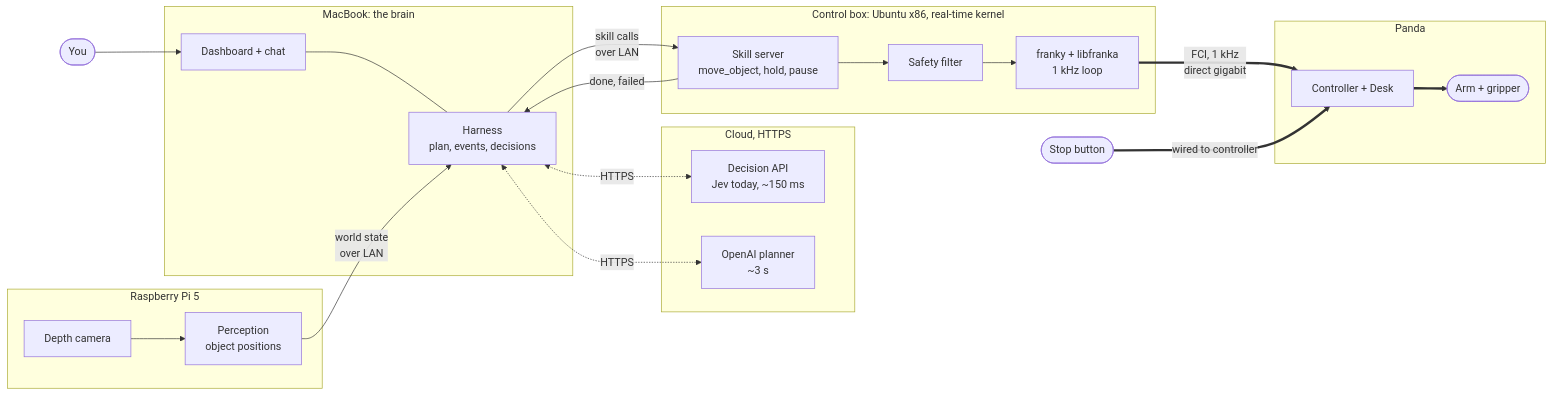
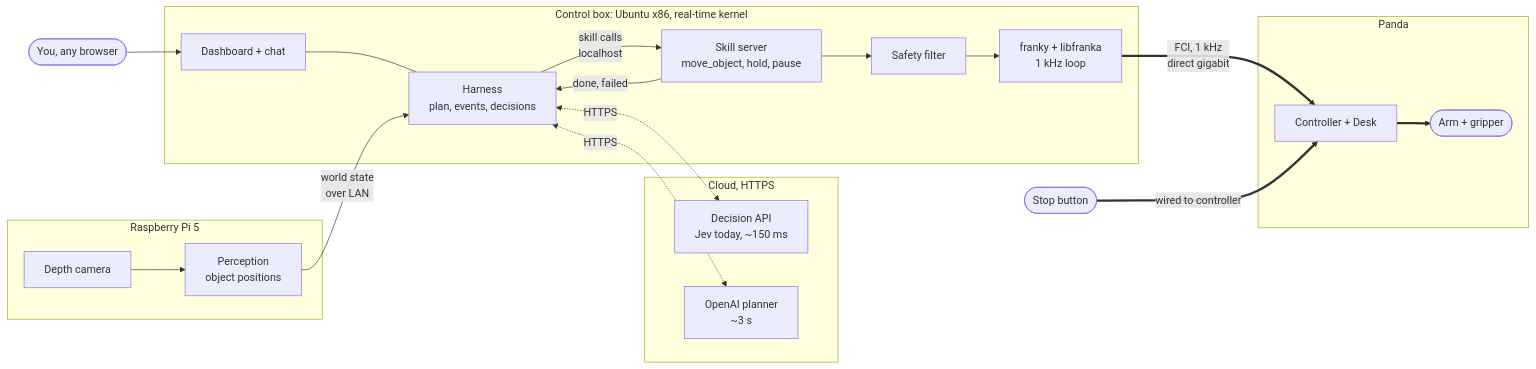
One commit to alee792/robojev changed the first of 3 diagrams in docs/panda-setup.md. Above: the diagram before and after it, drawn with Mermaid. The commit also changed other lines of this file, not shown here.

First line of the commit message:
Run the harness on the control box; MacBook for development

````diff
--- a/docs/panda-setup.md
+++ b/docs/panda-setup.md
@@ -34,34 +37,32 @@
 ```mermaid
 flowchart LR
     subgraph cloud [Cloud, HTTPS]
         jev[Decision API<br/>Jev today, ~150 ms]
         llm[OpenAI planner<br/>~3 s]
     end
-    subgraph mac [MacBook: the brain]
-        harness[Harness<br/>plan, events, decisions]
-        dash[Dashboard + chat]
-    end
     subgraph pi [Raspberry Pi 5]
         cam[Depth camera] --> percep[Perception<br/>object positions]
     end
     subgraph ctrl [Control box: Ubuntu x86, real-time kernel]
+        harness[Harness<br/>plan, events, decisions]
+        dash[Dashboard + chat]
         skills[Skill server<br/>move_object, hold, pause]
         safety[Safety filter]
         lf[franky + libfranka<br/>1 kHz loop]
     end
     subgraph robot [Panda]
         fc[Controller + Desk]
         arm([Arm + gripper])
     end
-    user([You]) --> dash
+    user([You, any browser]) --> dash
     dash --- harness
     harness <-. "HTTPS" .-> jev
     harness <-. "HTTPS" .-> llm
     percep -- "world state<br/>over LAN" --> harness
-    harness -- "skill calls<br/>over LAN" --> skills
+    harness -- "skill calls<br/>localhost" --> skills
     skills -- "done, failed" --> harness
     skills --> safety --> lf
     lf == "FCI, 1 kHz<br/>direct gigabit" ==> fc
     fc ==> arm
     stop([Stop button]) == "wired to controller" ==> fc
 ```
````
